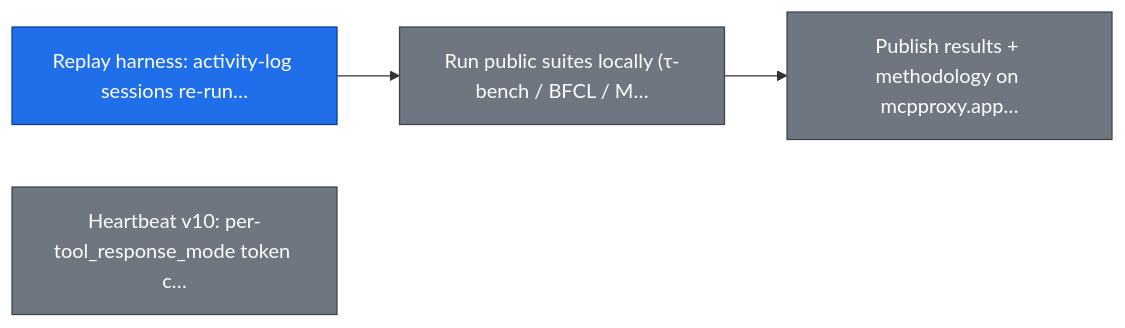
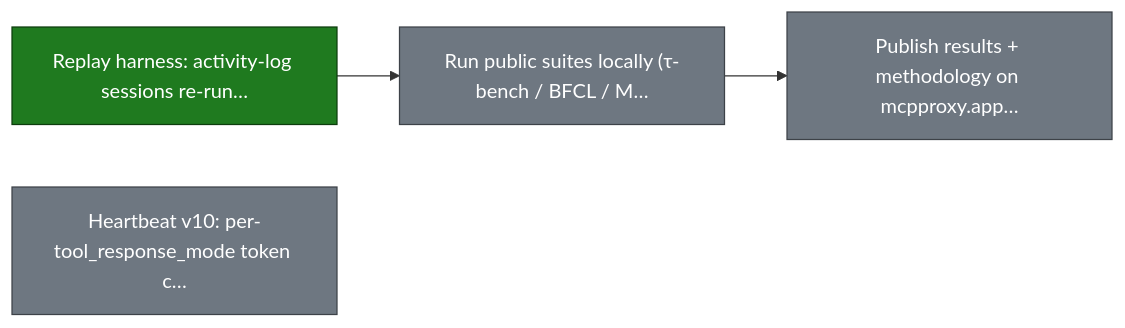
The fifth of 21 diagrams in ROADMAP.md (smart-mcp-proxy/mcpproxy-go), drawn with Mermaid before and after one commit. The commit also changed other lines of this file and 1 other file, not shown here.

First line of the commit message:
chore(roadmap): raise mcp-2026-upgrade to P1 (mcp-go v1.0.0 stable), add activity-storage-bounds, sync token-bench

````diff
--- a/ROADMAP.md
+++ b/ROADMAP.md
@@ -208,15 +212,15 @@
 ```mermaid
 graph LR
   token_bench_harness["Replay harness: activity-log sessions re-run…"]
   token_bench_public["Run public suites locally (τ-bench / BFCL / M…"]
   token_bench_blog["Publish results + methodology on mcpproxy.app…"]
   token_bench_telemetry["Heartbeat v10: per-tool_response_mode token c…"]
 
   token_bench_harness --> token_bench_public
   token_bench_public --> token_bench_blog
 
-  classDef in_progress fill:#1f6feb,stroke:#0b3d91,color:#ffffff;
+  classDef done fill:#1f7a1f,stroke:#0d3d0d,color:#ffffff;
   classDef todo fill:#6e7781,stroke:#3d4248,color:#ffffff;
-  class token_bench_harness in_progress;
+  class token_bench_harness done;
   class token_bench_public,token_bench_blog,token_bench_telemetry todo;
 ```
````
